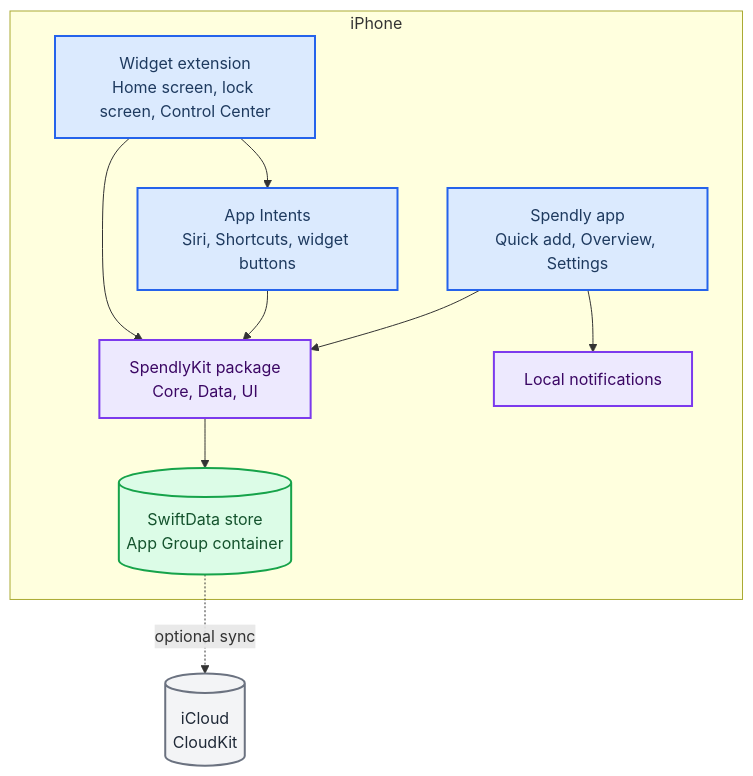
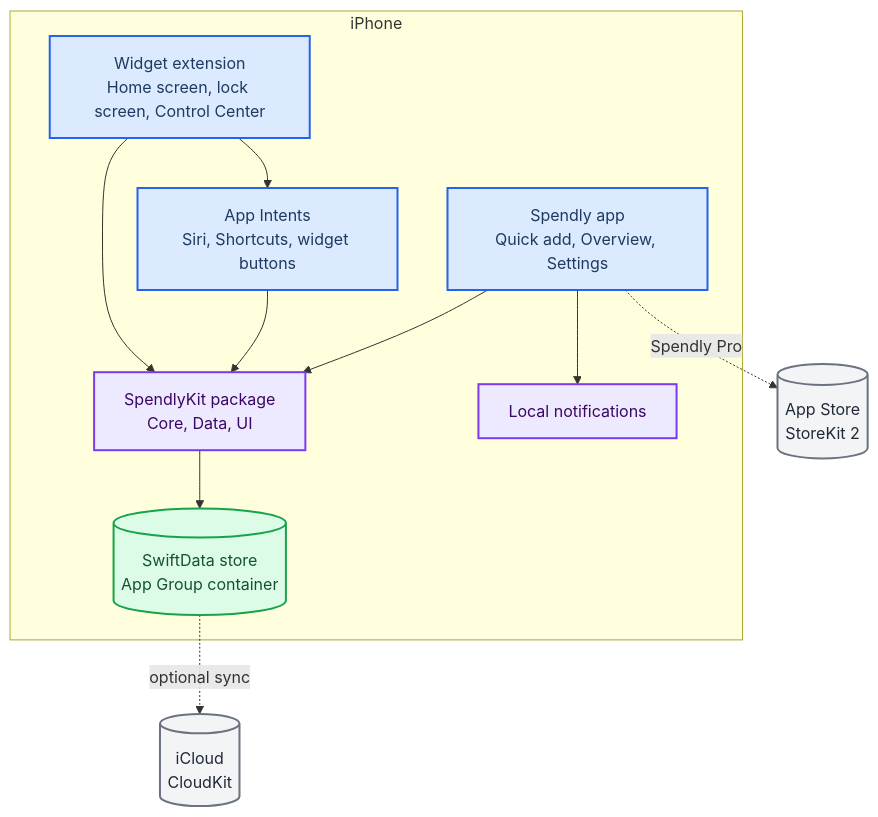
The diagram in README.md (KaanCan1/Spendly), drawn with Mermaid before and after one commit. The commit also changed other lines of this file and 34 other files, not shown here.

First line of the commit message:
Complete the MVP: categories, budget alerts, Spendly Pro, Turkish

````diff
--- a/README.md
+++ b/README.md
@@ -65,33 +74,35 @@
 ```mermaid
 flowchart TB
     accTitle: Spendly Architecture Overview
     accDescr: The app, widget extension and App Intents all use the SpendlyKit package, which stores data in a SwiftData store shared through an App Group and can sync to iCloud.
 
     subgraph device["iPhone"]
         app["Spendly app<br/>Quick add, Overview, Settings"]
         widgets["Widget extension<br/>Home screen, lock screen, Control Center"]
         intents["App Intents<br/>Siri, Shortcuts, widget buttons"]
         kit["SpendlyKit package<br/>Core, Data, UI"]
         store[("SwiftData store<br/>App Group container")]
         reminders["Local notifications"]
     end
     icloud[("iCloud<br/>CloudKit")]
+    appstore[("App Store<br/>StoreKit 2")]
 
     app --> kit
     widgets --> intents
     intents --> kit
     widgets --> kit
     kit --> store
     app --> reminders
     store -.->|"optional sync"| icloud
+    app -.->|"Spendly Pro"| appstore
 
     classDef surface fill:#dbeafe,stroke:#2563eb,stroke-width:2px,color:#1e3a5f
     classDef shared fill:#ede9fe,stroke:#7c3aed,stroke-width:2px,color:#3b0764
     classDef data fill:#dcfce7,stroke:#16a34a,stroke-width:2px,color:#14532d
     classDef external fill:#f3f4f6,stroke:#6b7280,stroke-width:2px,color:#1f2937
 
     class app,widgets,intents surface
     class kit,reminders shared
     class store data
-    class icloud external
+    class icloud,appstore external
 ```
````
